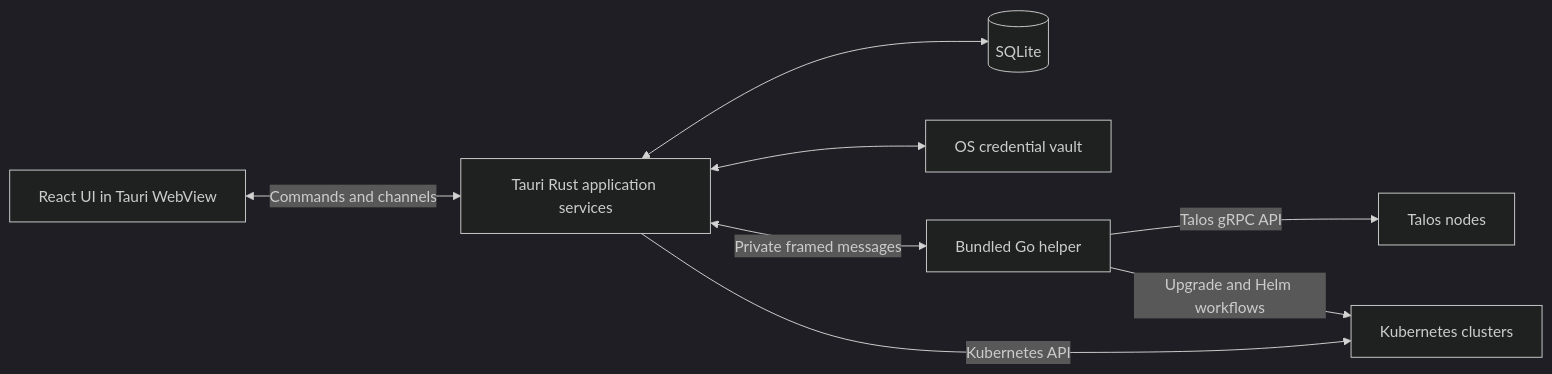
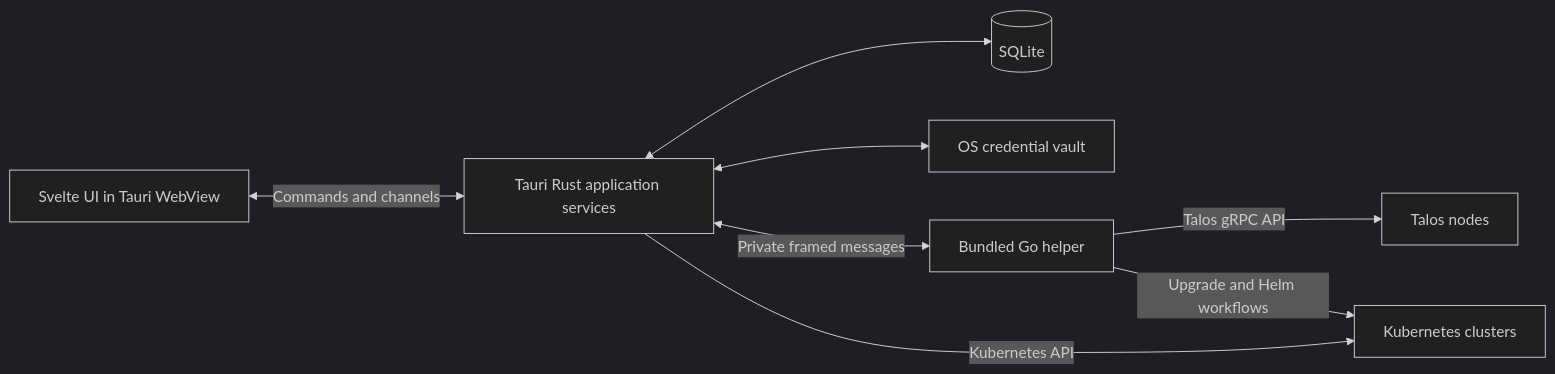
Before and after one commit to agiledevel/talos-pilot: the diagram in docs/design.md, drawn with Mermaid (dark theme). The commit also changed other lines of this file and 63 other files, not shown here.

````diff
--- a/docs/design.md
+++ b/docs/design.md
@@ -95,10 +95,10 @@
 ```mermaid
 flowchart LR
-    UI[React UI in Tauri WebView] <-->|Commands and channels| Rust[Tauri Rust application services]
+    UI[Svelte UI in Tauri WebView] <-->|Commands and channels| Rust[Tauri Rust application services]
     Rust <--> DB[(SQLite)]
     Rust <--> Vault[OS credential vault]
     Rust <-->|Private framed messages| Go[Bundled Go helper]
     Rust -->|Kubernetes API| K8s[Kubernetes clusters]
     Go -->|Talos gRPC API| Talos[Talos nodes]
     Go -->|Upgrade and Helm workflows| K8s
 ```
````
